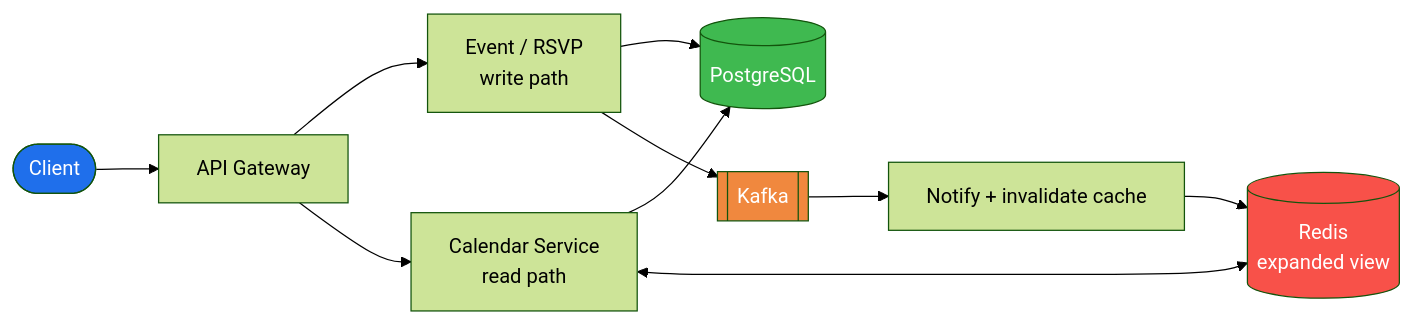
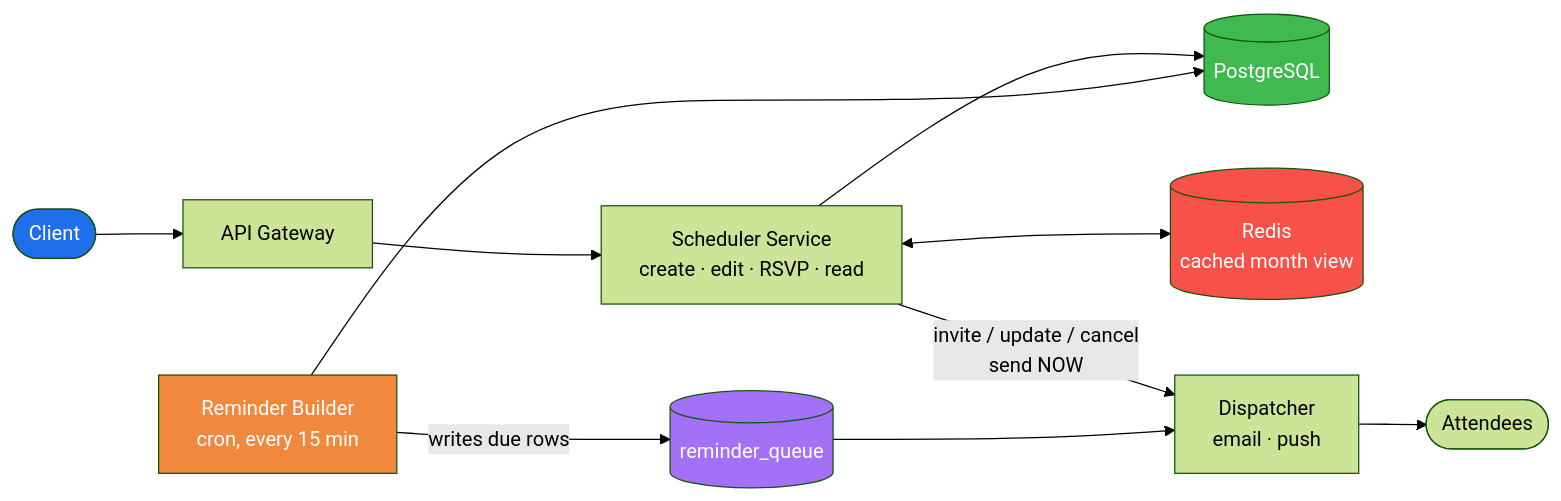
Before and after one commit to devesh1102/devesh1102.github.io: the third of 5 diagrams in notes/meeting-scheduler.md, drawn with Mermaid (forest theme). The commit also changed other lines of this file and 2 other files, not shown here.

````diff
--- a/notes/meeting-scheduler.md
+++ b/notes/meeting-scheduler.md
@@ -53,17 +203,20 @@
 ```mermaid
 flowchart LR
     C([Client]) --> GW[API Gateway]
-    GW --> W[Event / RSVP<br/>write path]
-    GW --> R[Calendar Service<br/>read path]
-    W --> DB[(PostgreSQL)]
-    R --> DB
-    R <--> CA[(Redis<br/>expanded view)]
-    W --> K[[Kafka]]
-    K --> N[Notify + invalidate cache]
-    N --> CA
+    GW --> S[Scheduler Service<br/>create · edit · RSVP · read]
+    S --> DB[(PostgreSQL)]
+    S <--> R[(Redis<br/>cached month view)]
+
+    S -->|invite / update / cancel<br/>send NOW| D[Dispatcher<br/>email · push]
+
+    B[Reminder Builder<br/>cron, every 15 min] --> DB
+    B -->|writes due rows| Q[(reminder_queue)]
+    Q --> D
+    D --> U([Attendees])
 
     style C fill:#1f6feb,color:#fff
     style DB fill:#3fb950,color:#fff
-    style CA fill:#f85149,color:#fff
-    style K fill:#f0883e,color:#fff
+    style R fill:#f85149,color:#fff
+    style B fill:#f0883e,color:#fff
+    style Q fill:#a371f7,color:#fff
 ```
````
